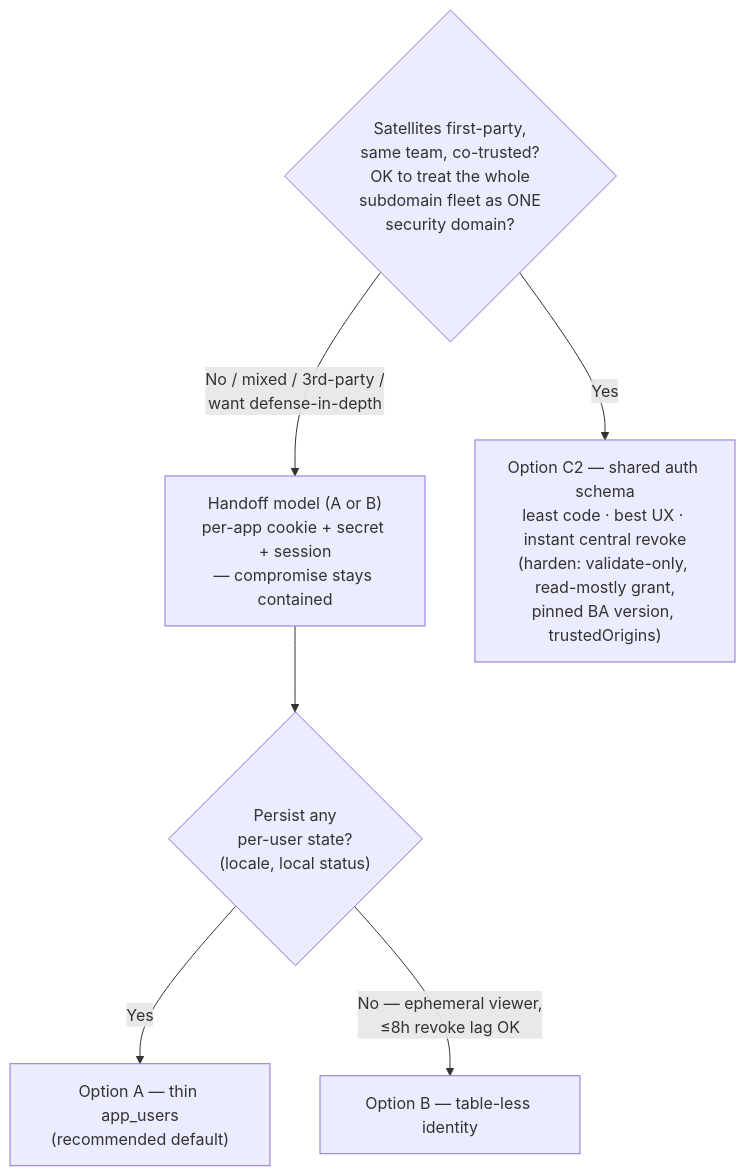
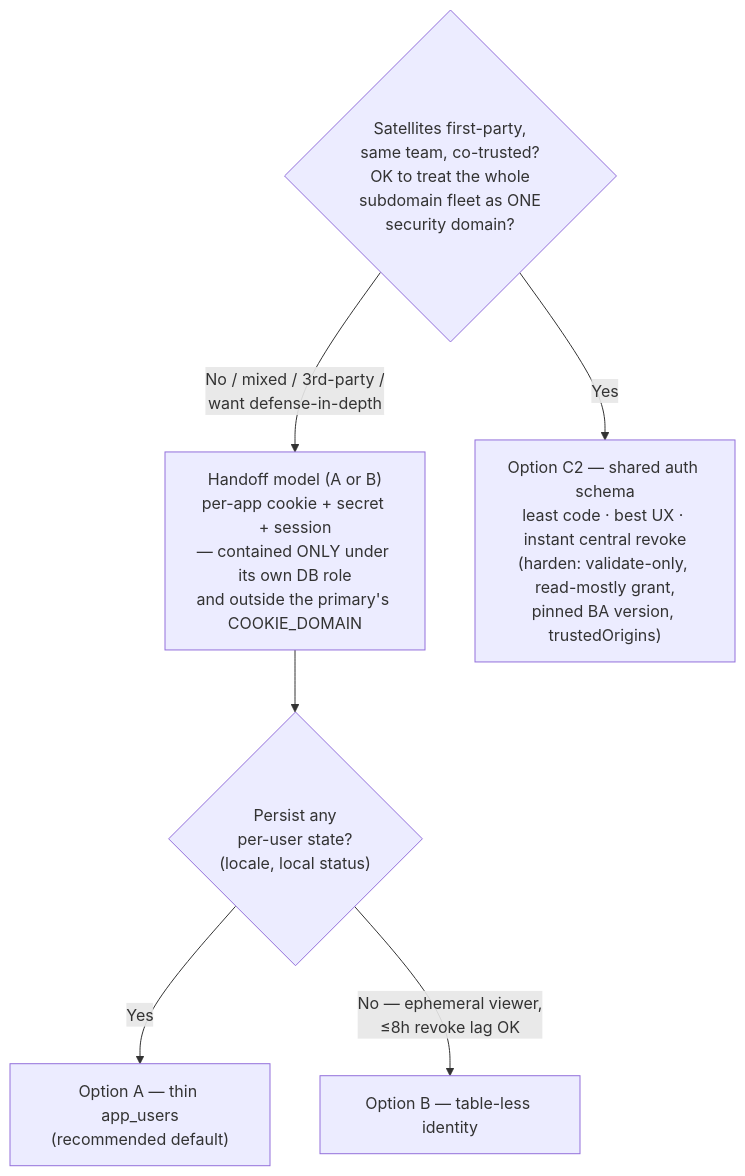
The second of 2 diagrams in docs/design-satellite-apps.md (devresponse/devresponsekit), drawn with Mermaid before and after one commit. The commit also changed other lines of this file and 21 other files, not shown here.

````diff
--- a/docs/design-satellite-apps.md
+++ b/docs/design-satellite-apps.md
@@ -183,9 +189,9 @@
 ```mermaid
 flowchart TD
   Q1{"Satellites first-party,<br/>same team, co-trusted?<br/>OK to treat the whole<br/>subdomain fleet as ONE<br/>security domain?"}
-  Q1 -->|"No / mixed / 3rd-party /<br/>want defense-in-depth"| H["Handoff model (A or B)<br/>per-app cookie + secret + session<br/>— compromise stays contained"]
+  Q1 -->|"No / mixed / 3rd-party /<br/>want defense-in-depth"| H["Handoff model (A or B)<br/>per-app cookie + secret + session<br/>— contained ONLY under its own DB role<br/>and outside the primary's COOKIE_DOMAIN"]
   Q1 -->|"Yes"| C["Option C2 — shared auth schema<br/>least code · best UX · instant central revoke<br/>(harden: validate-only, read-mostly grant,<br/>pinned BA version, trustedOrigins)"]
   H --> Q2{"Persist any<br/>per-user state?<br/>(locale, local status)"}
   Q2 -->|"Yes"| A["Option A — thin app_users<br/>(recommended default)"]
   Q2 -->|"No — ephemeral viewer,<br/>≤8h revoke lag OK"| B["Option B — table-less identity"]
 ```
````
